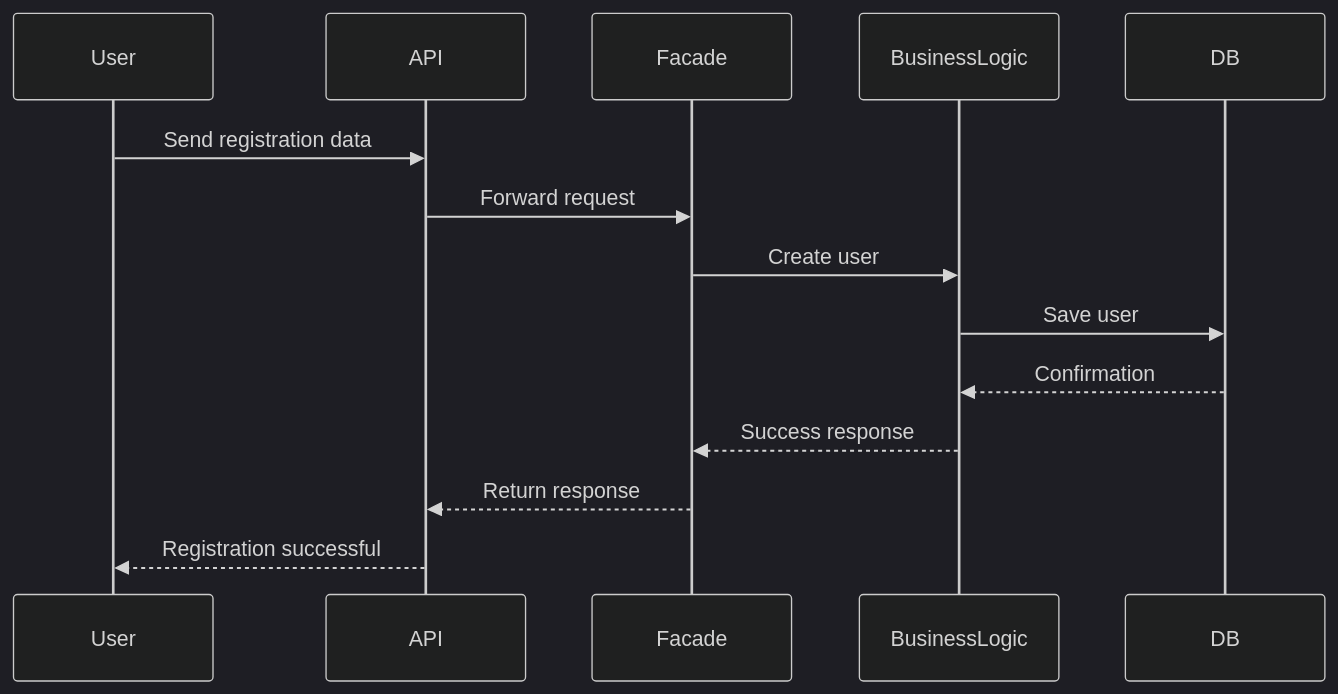
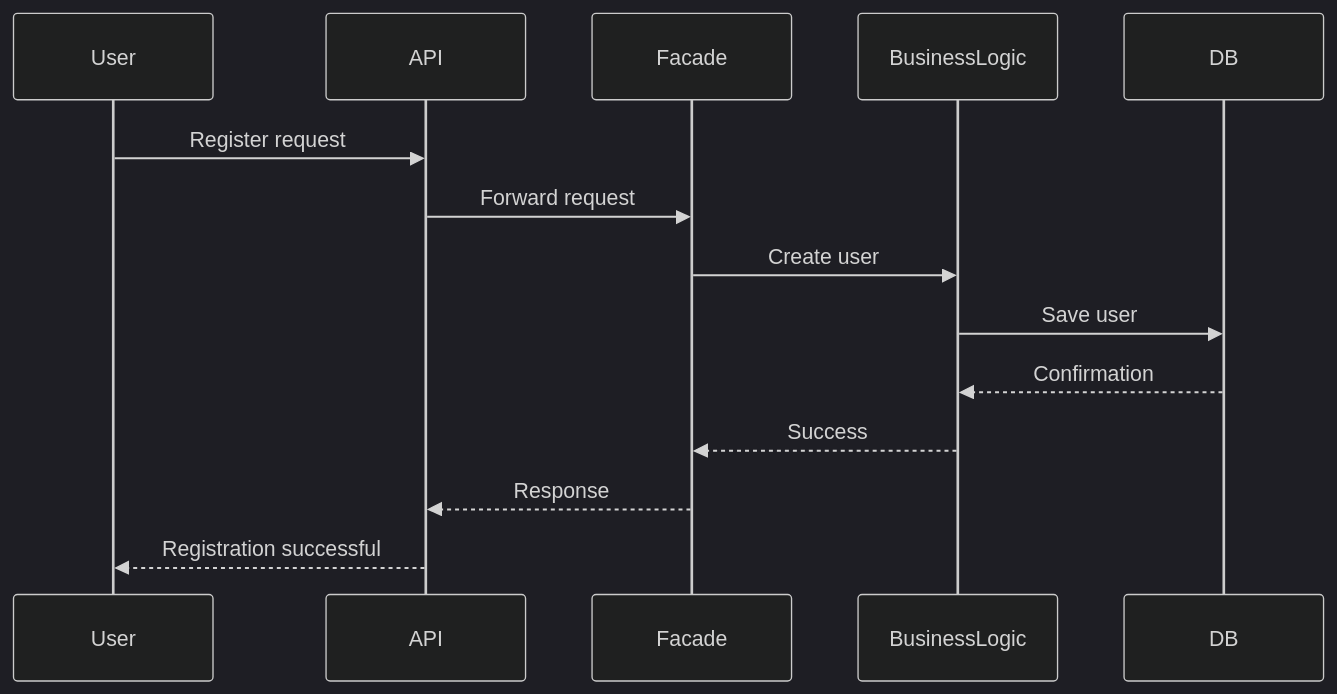
The second of 5 diagrams in part1/README.md (niceehi/holbertonschool-hbnb), drawn with Mermaid (dark theme) before and after one commit. The commit also changed other lines of this file, not shown here.

````diff
--- a/part1/README.md
+++ b/part1/README.md
@@ -221,17 +238,17 @@
 ```mermaid
 sequenceDiagram
 participant User
 participant API
 participant Facade
 participant BusinessLogic
 participant DB
 
-User->>API: Send registration data
+User->>API: Register request
 API->>Facade: Forward request
 Facade->>BusinessLogic: Create user
 BusinessLogic->>DB: Save user
 DB-->>BusinessLogic: Confirmation
-BusinessLogic-->>Facade: Success response
-Facade-->>API: Return response
+BusinessLogic-->>Facade: Success
+Facade-->>API: Response
 API-->>User: Registration successful
 ```
````
